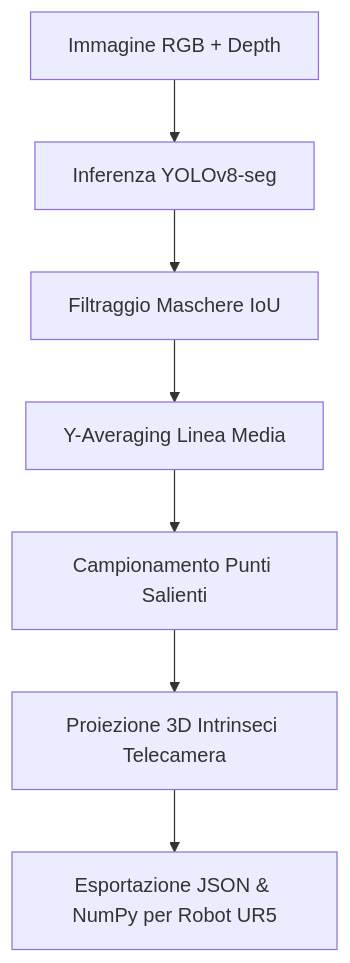
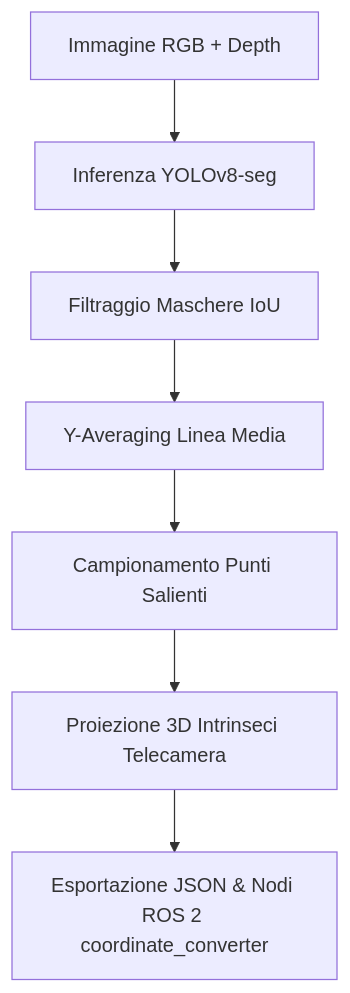
One commit to EttoreRii/Cloth-Segmentation-Pipeline changed the diagram in README.md. Above: the diagram before and after it, drawn with Mermaid. The commit also changed other lines of this file and 2 other files, not shown here.

````diff
--- a/README.md
+++ b/README.md
@@ -235,9 +368,9 @@
 ```mermaid
 graph TD
     A[Immagine RGB + Depth] --> B[Inferenza YOLOv8-seg]
     B --> C[Filtraggio Maschere IoU]
     C --> D[Y-Averaging Linea Media]
     D --> E[Campionamento Punti Salienti]
     E --> F[Proiezione 3D Intrinseci Telecamera]
-    F --> G[Esportazione JSON & NumPy per Robot UR5]
+    F --> G[Esportazione JSON & Nodi ROS 2 coordinate_converter]
 ```
````
